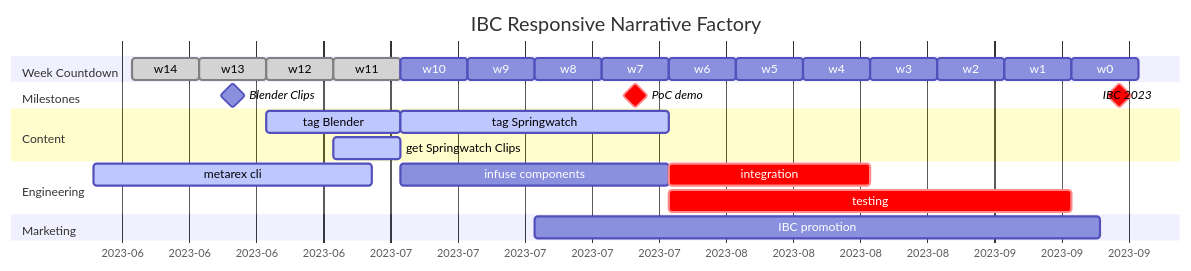
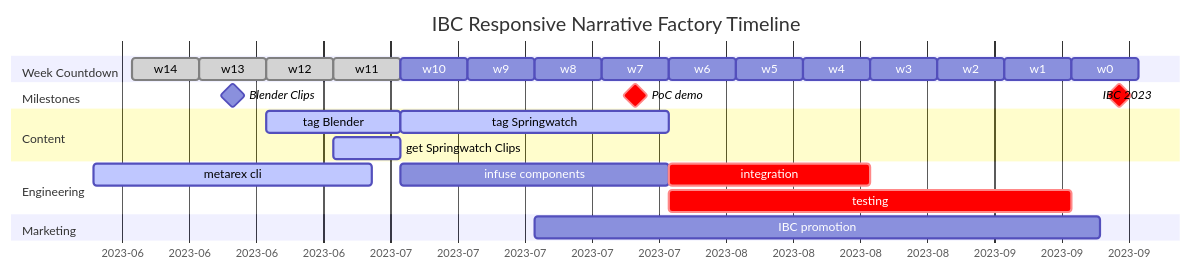
One commit to metarex-media/www-metarex-media changed the diagram in content/project/Archive/IBC2023/timeline.md. Above: the diagram before and after it, drawn with Mermaid. The commit also changed other lines of this file and 8 other files, not shown here.

````diff
--- a/content/project/Archive/IBC2023/timeline.md
+++ b/content/project/Archive/IBC2023/timeline.md
@@ -14,48 +15,48 @@
 ```mermaid
 ---
 displayMode: compact
 ---
 gantt
     dateFormat    YYYY-MM-DD
-    title         IBC Responsive Narrative Factory
+    title         IBC Responsive Narrative Factory Timeline
     axisFormat    %Y-%m
     %% (`excludes` accepts specific dates in YYYY-MM-DD format, days of the week ("sunday") or "weekends", but not the word "weekdays".)
     todayMarker stroke-width:5px,stroke:#0f0,opacity:0.3
 
     section Week Countdown
     w14                     : done, w14,  2023-06-05, 1w
     w13                     : done, w13,  2023-06-12, 1w
     w12                     : done, w12,  2023-06-19, 1w
     w11                     : done, w11,  2023-06-26, 1w
     w10                     : w10, 2023-07-03, 1w
     w9                      : w9,  2023-07-10, 1w
     w8                      : w8,  2023-07-17, 1w
     w7                      : w7,  2023-07-24, 1w
     w6                      : w6,  2023-07-31, 1w
     w5                      : w5,  2023-08-07, 1w
     w4                      : w4,  2023-08-14, 1w
     w3                      : w3,  2023-08-21, 1w
     w2                      : w2,  2023-08-28, 1w
     w1                      : w1,  2023-09-04, 1w
     w0                      : w0,  2023-09-11, 1w
 
     section Milestones
     Blender Clips           : milestone,       msBlend, after w14, 1w
     PoC demo                : crit, milestone, msPoC  , after w8 , 1w
     IBC 2023                : crit, milestone, msIBC. , 2023-09-14, 4d
 
     section Content
     tag Blender             : active,    tagBL, after msBlend, 2w
     get Springwatch Clips   : active,    getSW, after w12.   , 1w
     tag Springwatch         : active,    tagSW, after getSW  , 4w
 
     section Engineering
     metarex cli             : active, cli, 2023-06-01, 2023-06-30
     infuse components       :        comp, after tagBL , 4w
     integration             : crit,  intg, after comp, 3w
     testing                 : crit,  test, after comp, 6w
 
 
     section Marketing
     IBC promotion          :mkt, 2023-07-17, 2023-09-14
 ```
````
